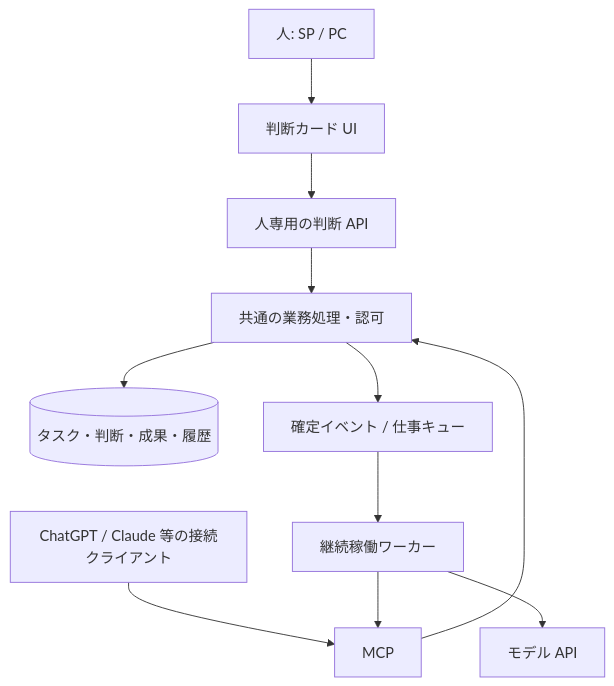
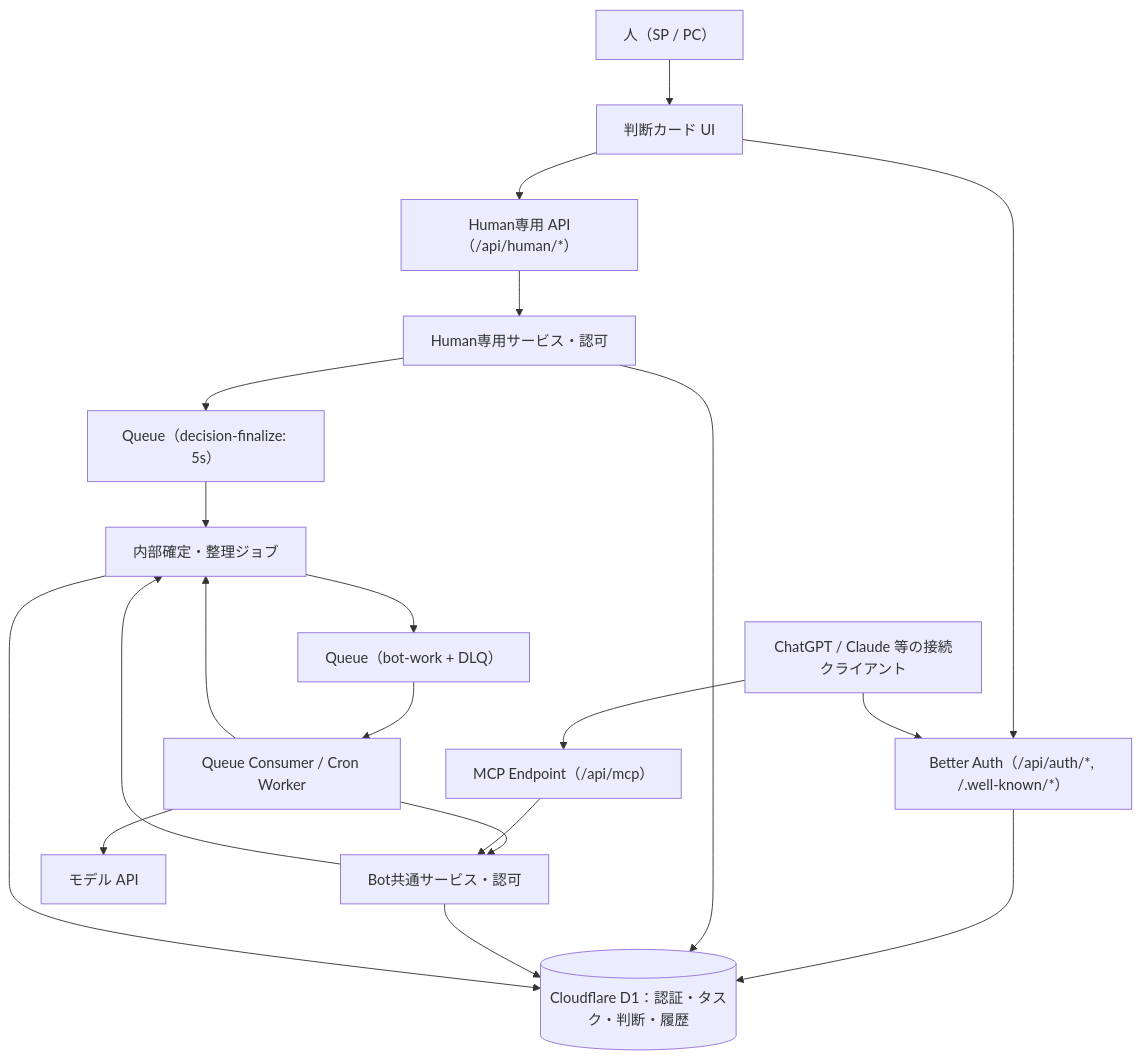
One commit to kkyosuke/bot-board changed the diagram in docs/bot-integration.md. Above: the diagram before and after it, drawn with Mermaid. The commit also changed other lines of this file and 6 other files, not shown here.

````diff
--- a/docs/bot-integration.md
+++ b/docs/bot-integration.md
@@ -30,13 +30,22 @@
 ```mermaid
 flowchart TD
-  H[人: SP / PC] --> U[判断カード UI]
-  U --> D[人専用の判断 API]
-  C[ChatGPT / Claude 等の接続クライアント] --> M[MCP]
-  W[継続稼働ワーカー] --> M
-  W --> P[モデル API]
-  M --> S[共通の業務処理・認可]
-  D --> S
-  S --> DB[(タスク・判断・成果・履歴)]
-  S --> Q[確定イベント / 仕事キュー]
-  Q --> W
+  H["人（SP / PC）"] --> U["判断カード UI"]
+  U --> A["Better Auth（/api/auth/*, /.well-known/*）"]
+  U --> D["Human専用 API（/api/human/*）"]
+  C["ChatGPT / Claude 等の接続クライアント"] --> A
+  C --> M["MCP Endpoint（/api/mcp）"]
+  W["Queue Consumer / Cron Worker"] --> BS["Bot共通サービス・認可"]
+  W --> P["モデル API"]
+  M --> BS
+  D --> HS["Human専用サービス・認可"]
+  HS --> FQ["Queue（decision-finalize: 5s）"]
+  FQ --> SJ["内部確定・整理ジョブ"]
+  BS --> SJ
+  W --> SJ
+  A --> DB[("Cloudflare D1：認証・タスク・判断・履歴")]
+  HS --> DB
+  BS --> DB
+  SJ --> DB
+  SJ --> BQ["Queue（bot-work + DLQ）"]
+  BQ --> W
 ```
````
